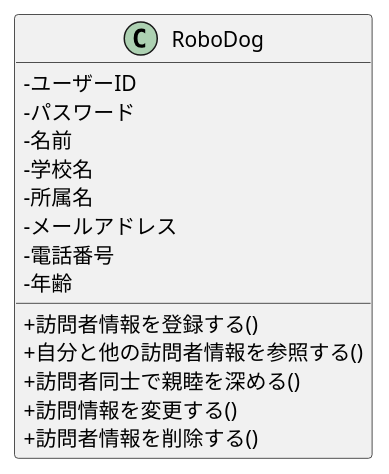
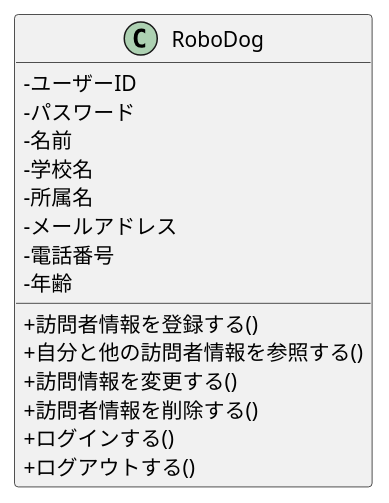
The diagram in 07_web_visitor/class.pu (ghbuser12/ohara_uml), drawn with PlantUML before and after one commit. The commit also changed 2 other files, not shown here.

```diff
--- a/07_web_visitor/class.pu
+++ b/07_web_visitor/class.pu
@@ -1,18 +1,19 @@
 @startuml .
 skinparam classAttributeIconSize 0
 class RoboDog {
  -ユーザーID
  -パスワード
  -名前
  -学校名
  -所属名
  -メールアドレス
  -電話番号
  -年齢
  +訪問者情報を登録する()
  +自分と他の訪問者情報を参照する()
- +訪問者同士で親睦を深める()
  +訪問情報を変更する()
  +訪問者情報を削除する()
+ +ログインする()
+ +ログアウトする()
 }
 @enduml
```
